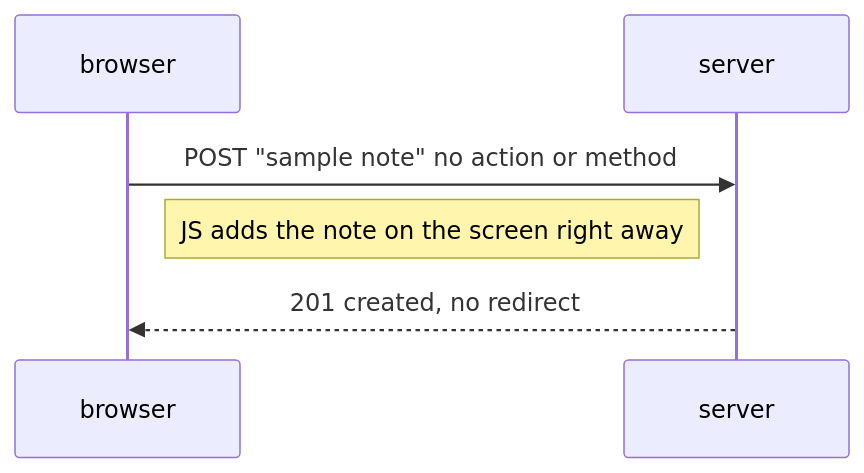
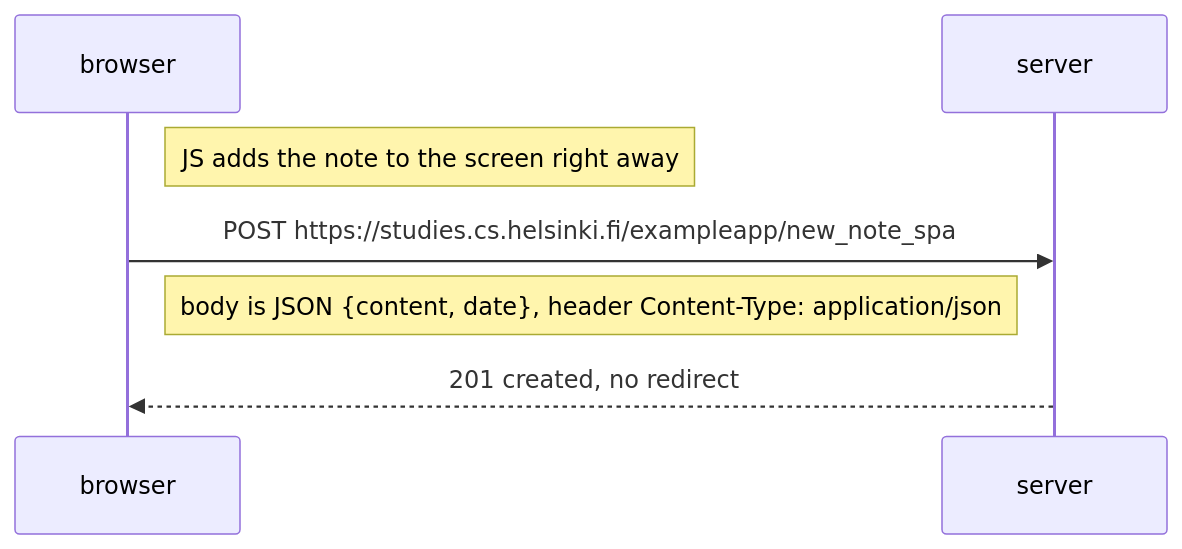
The diagram in part0/0.6-new-note-spa-diagram.md (AndreArabejo/fullstack-open), drawn with Mermaid before and after one commit.

Commit message:
Update sequence diagram for new note SPA

````diff
--- a/part0/0.6-new-note-spa-diagram.md
+++ b/part0/0.6-new-note-spa-diagram.md
@@ -5,9 +5,10 @@
 ```mermaid
 sequenceDiagram
     participant browser
     participant server
 
-    browser->>server: POST "sample note" no action or method
-    Note right of browser: JS adds the note on the screen right away
+    Note right of browser: JS adds the note to the screen right away
+    browser->>server: POST https://studies.cs.helsinki.fi/exampleapp/new_note_spa
+    Note right of browser: body is JSON {content, date}, header Content-Type: application/json
     server-->>browser: 201 created, no redirect
 ```
````
